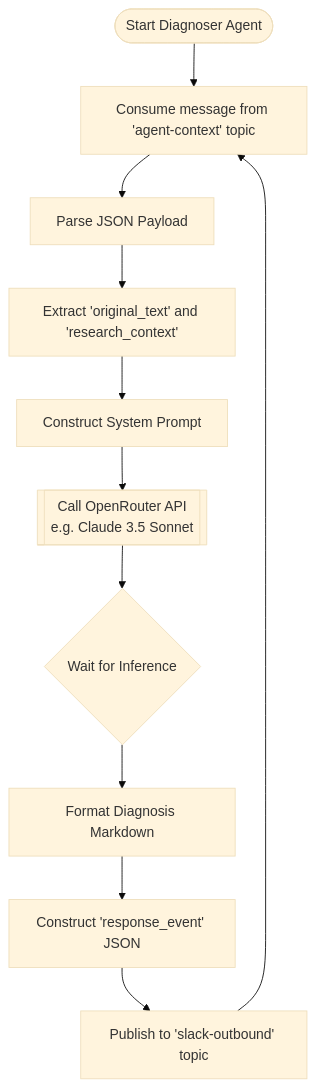
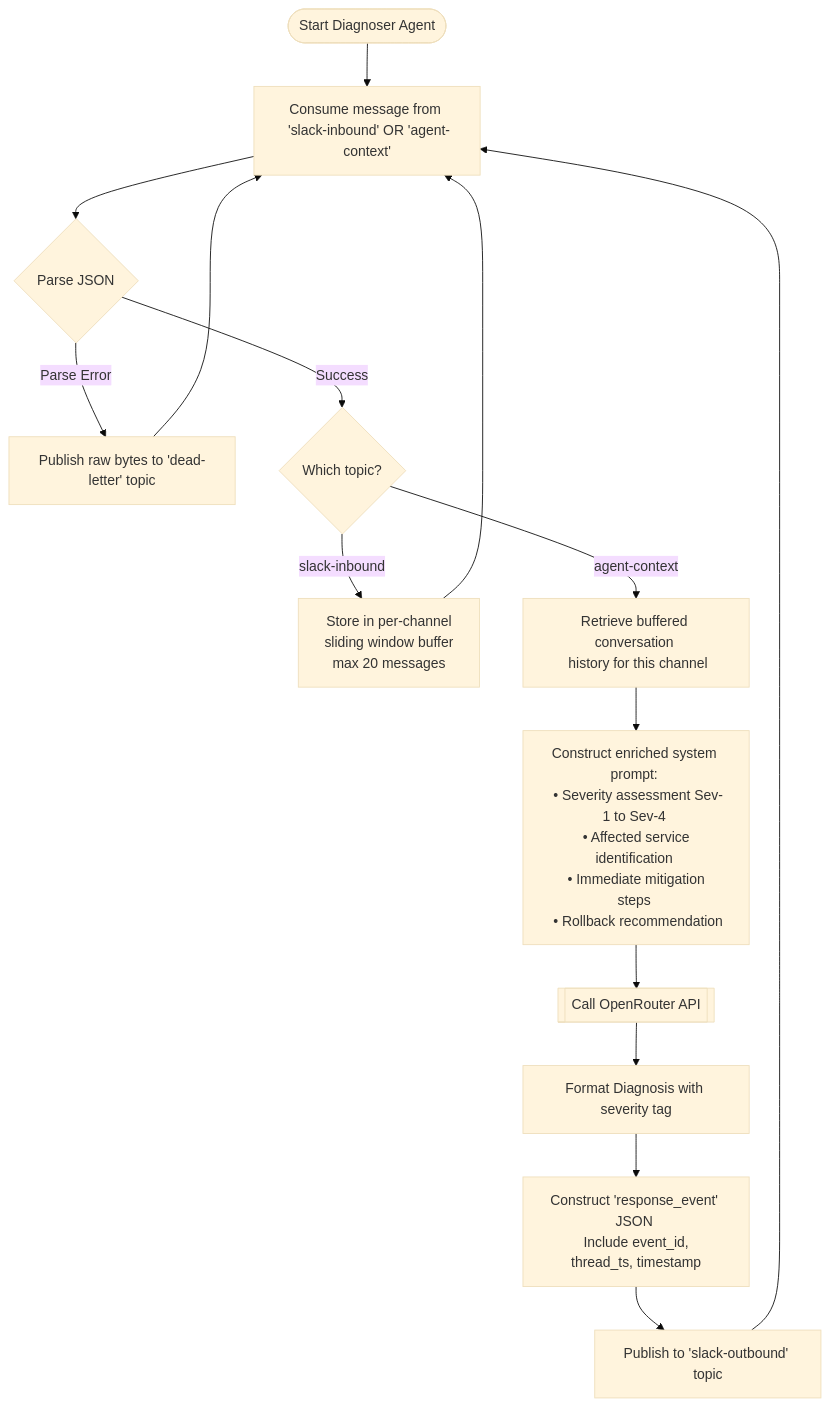
Before and after one commit to AnushaFreshStart/event-driven-war-room: the second of 4 diagrams in AGENT_FLOWS.md, drawn with Mermaid (base theme). The commit also changed other lines of this file and 6 other files, not shown here.

First line of the commit message:
Enhance agent functionality and improve error handling

````diff
--- a/AGENT_FLOWS.md
+++ b/AGENT_FLOWS.md
@@ -37,15 +40,21 @@
 ```mermaid
 flowchart TD
-    Start([Start Diagnoser Agent]) --> Consume[Consume message from 'agent-context' topic]
-    Consume --> Parse[Parse JSON Payload]
-    Parse --> Extract[Extract 'original_text' and 'research_context']
+    Start([Start Diagnoser Agent]) --> Consume[Consume message from <br> 'slack-inbound' OR 'agent-context']
+    Consume --> ParseJSON{Parse JSON}
     
-    Extract --> Prompt[Construct System Prompt]
-    Prompt --> CallLLM[[Call OpenRouter API <br> e.g. Claude 3.5 Sonnet]]
-    CallLLM --> Wait{Wait for Inference}
+    ParseJSON -->|Parse Error| DLQ[Publish raw bytes to 'dead-letter' topic]
+    DLQ --> Consume
     
-    Wait --> Format[Format Diagnosis Markdown]
-    Format --> Package[Construct 'response_event' JSON]
+    ParseJSON -->|Success| WhichTopic{Which topic?}
+    
+    WhichTopic -->|slack-inbound| Buffer[Store in per-channel <br> sliding window buffer <br> max 20 messages]
+    Buffer --> Consume
+    
+    WhichTopic -->|agent-context| Gather[Retrieve buffered conversation <br> history for this channel]
+    Gather --> Prompt[Construct enriched system prompt: <br> • Severity assessment Sev-1 to Sev-4 <br> • Affected service identification <br> • Immediate mitigation steps <br> • Rollback recommendation]
+    Prompt --> CallLLM[[Call OpenRouter API]]
+    CallLLM --> Format[Format Diagnosis with severity tag]
+    Format --> Package[Construct 'response_event' JSON <br> Include event_id, thread_ts, timestamp]
     Package --> Publish[Publish to 'slack-outbound' topic]
     Publish --> Consume
 ```
````
